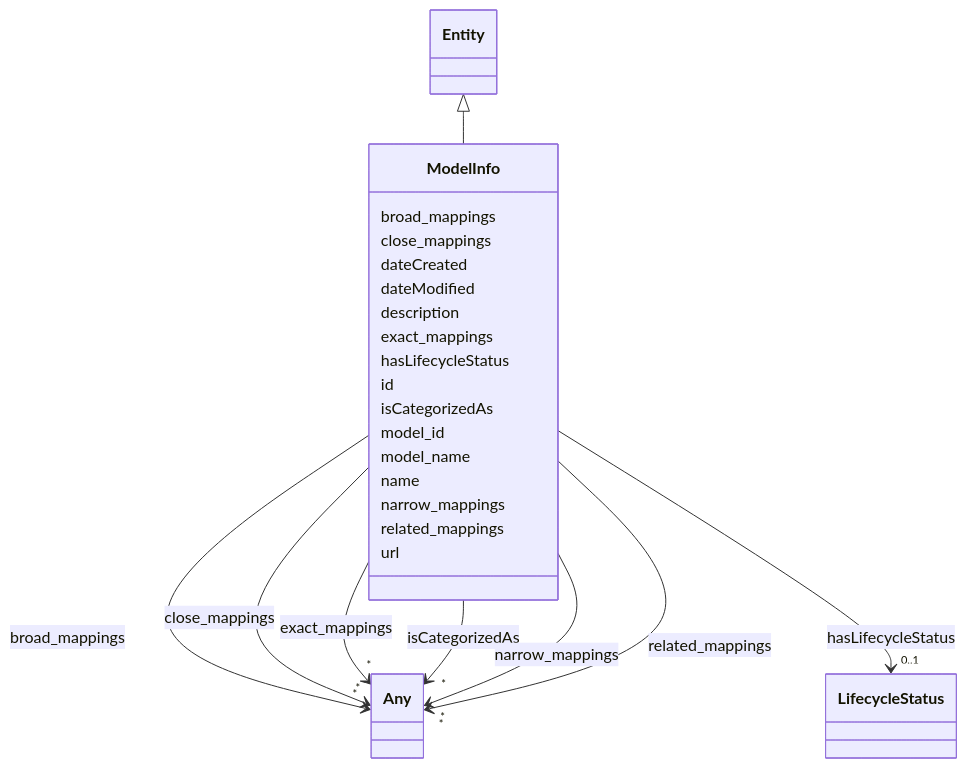
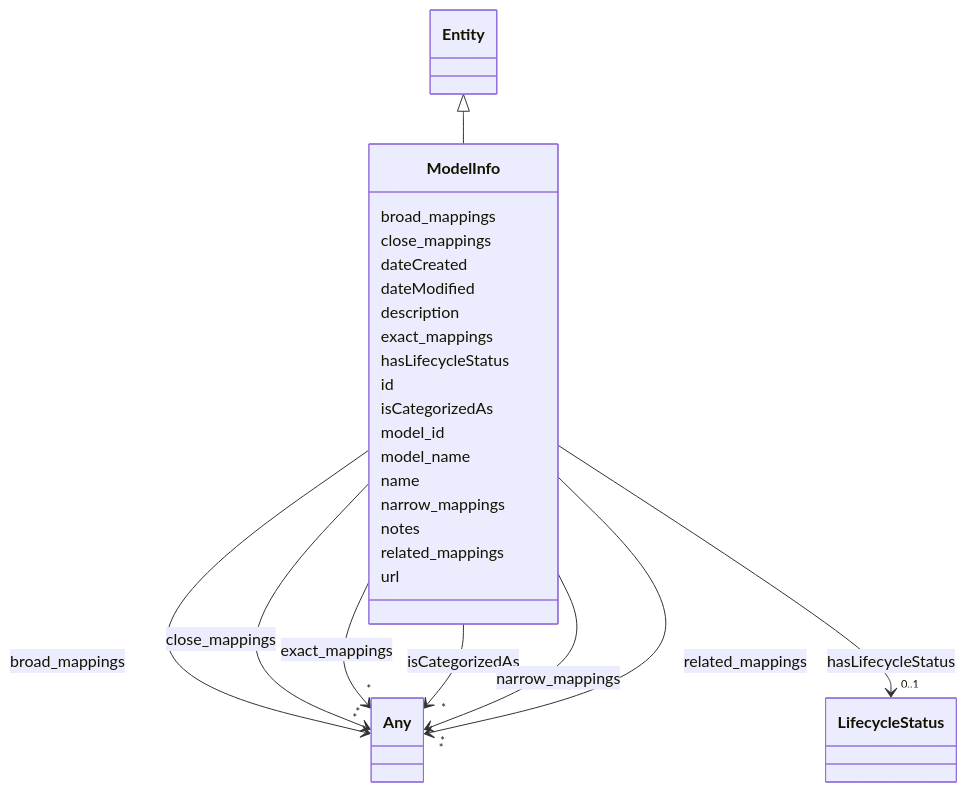
The diagram in docs/ontology/ModelInfo.md (ingelise/risk-atlas-nexus), drawn with Mermaid before and after one commit. The commit also changed other lines of this file and 318 other files, not shown here.

```diff
--- a/docs/ontology/ModelInfo.md
+++ b/docs/ontology/ModelInfo.md
@@ -98,6 +98,8 @@
 
 
 
+      ModelInfo : notes
+
       ModelInfo : related_mappings
 
 
```
